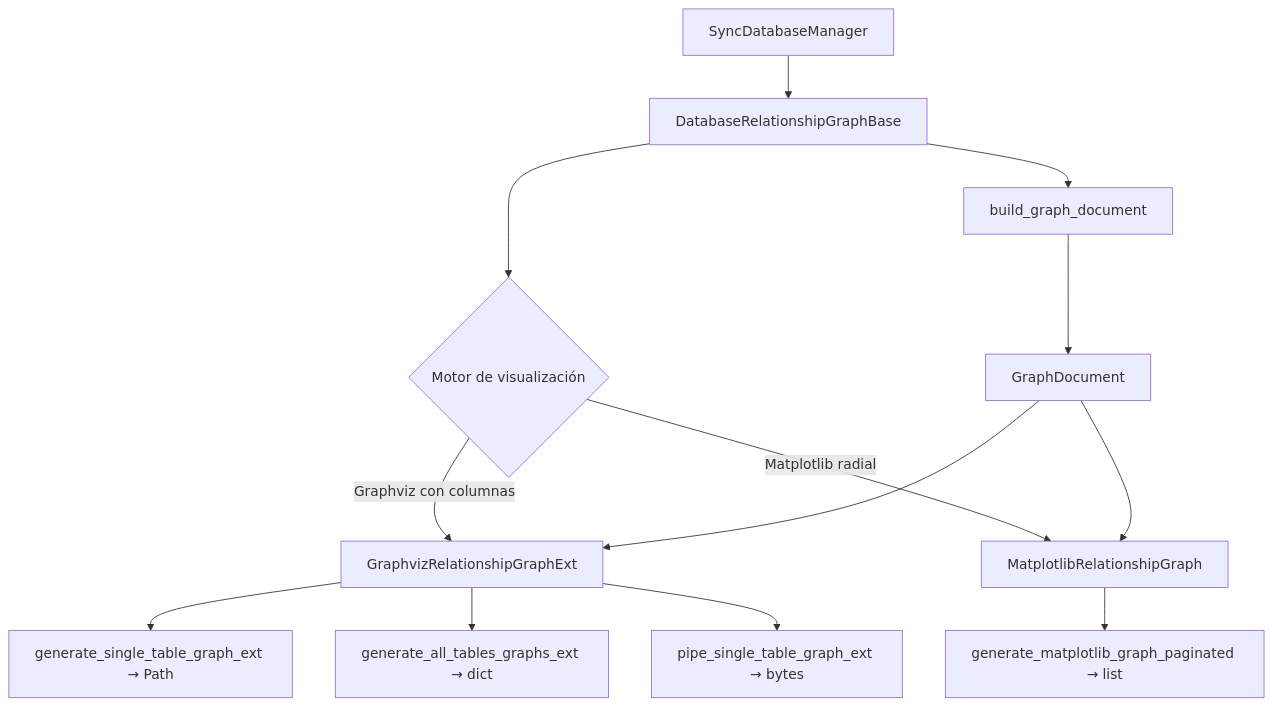
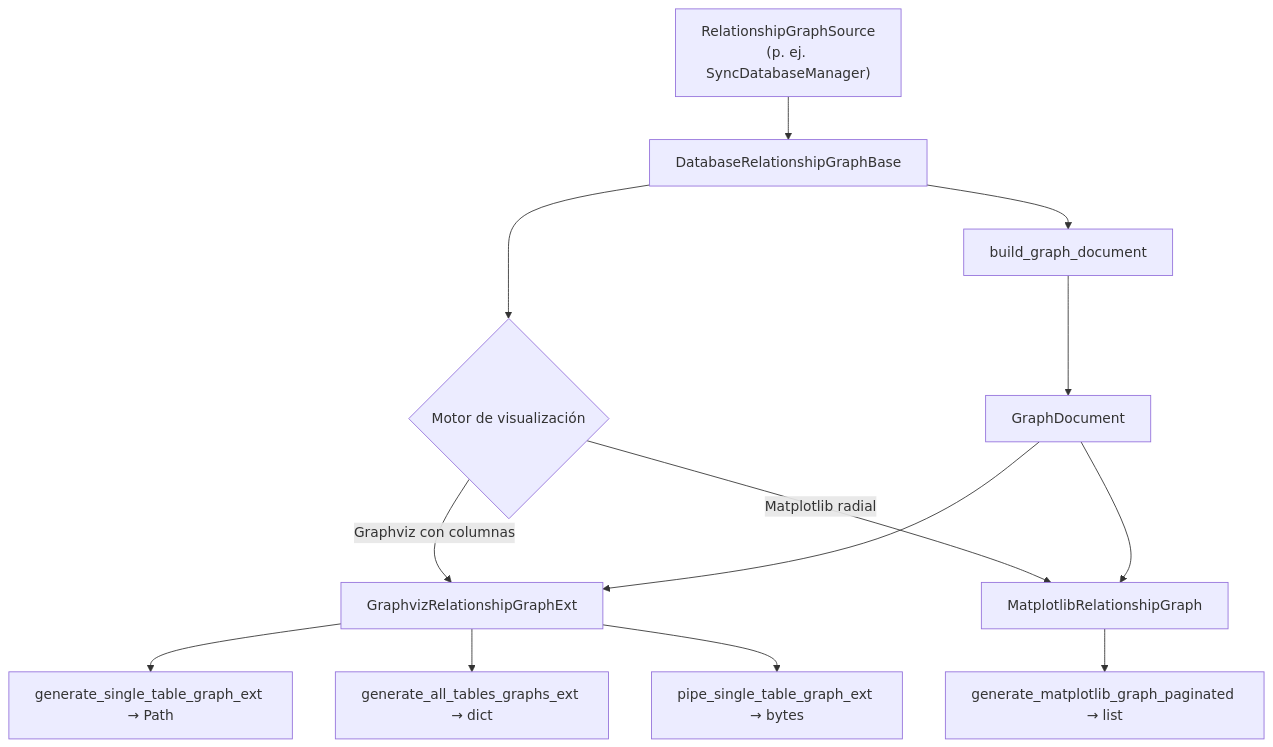
One commit to fmanza/util_bbdd changed the diagram in docs/api/analysis.md. Above: the diagram before and after it, drawn with Mermaid. The commit also changed other lines of this file and 19 other files, not shown here.

````diff
--- a/docs/api/analysis.md
+++ b/docs/api/analysis.md
@@ -7,15 +7,15 @@
 ```mermaid
 flowchart TD
-    A[SyncDatabaseManager] --> B[DatabaseRelationshipGraphBase]
+    A["RelationshipGraphSource<br/>(p. ej. SyncDatabaseManager)"] --> B[DatabaseRelationshipGraphBase]
     B --> C{Motor de visualización}
     C -->|Graphviz con columnas| D[GraphvizRelationshipGraphExt]
     C -->|Matplotlib radial| E[MatplotlibRelationshipGraph]
     B --> F[build_graph_document]
     F --> G[GraphDocument]
     G --> D
     G --> E
     D --> H[generate_single_table_graph_ext → Path]
     D --> I[generate_all_tables_graphs_ext → dict]
     D --> J[pipe_single_table_graph_ext → bytes]
     E --> K[generate_matplotlib_graph_paginated → list]
 ```
````
